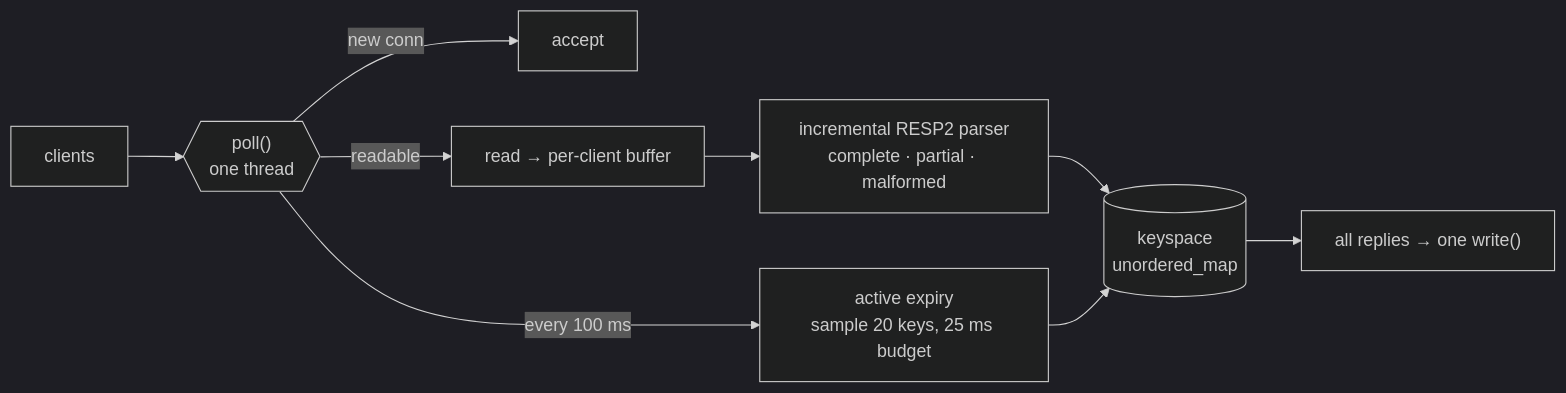
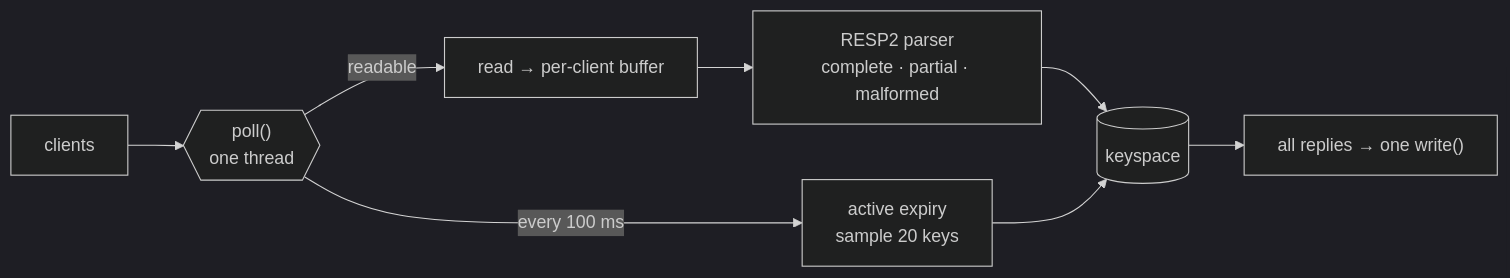
Before and after one commit to KratikJain10/KratikJain10: the diagram in README.md, drawn with Mermaid (dark theme). The commit also changed other lines of this file and 1 other file, not shown here.

Commit message:
Profile README v2: more projects, live CP ratings, 3D contribution graph

````diff
--- a/README.md
+++ b/README.md
@@ -44,11 +46,10 @@
 ```mermaid
 flowchart LR
     C["clients"] --> P{{"poll()<br/>one thread"}}
-    P -->|new conn| A["accept"]
     P -->|readable| R["read → per-client buffer"]
-    R --> X["incremental RESP2 parser<br/>complete · partial · malformed"]
-    X --> K[("keyspace<br/>unordered_map")]
+    R --> X["RESP2 parser<br/>complete · partial · malformed"]
+    X --> K[("keyspace")]
     K --> W["all replies → one write()"]
-    P -->|every 100 ms| E["active expiry<br/>sample 20 keys, 25 ms budget"]
+    P -->|every 100 ms| E["active expiry<br/>sample 20 keys"]
     E --> K
 ```
````
